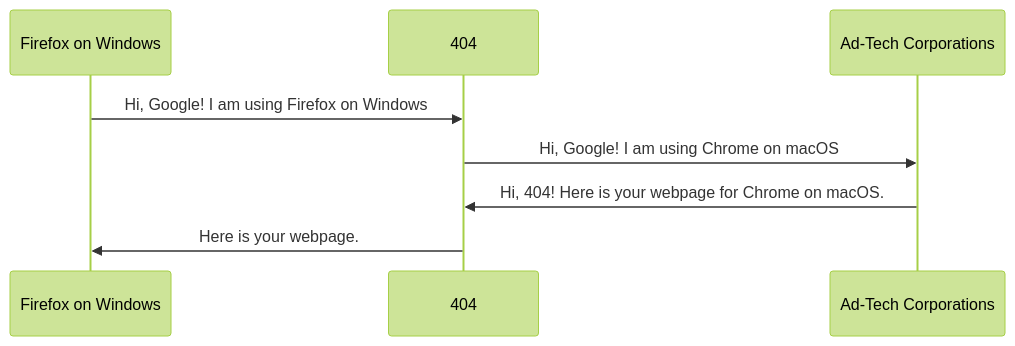
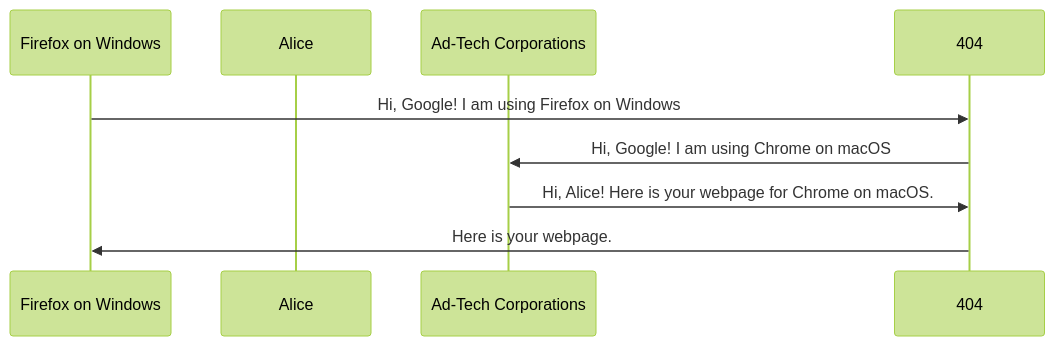
The diagram in docs/index.md (un-nf/404-docs), drawn with Mermaid (forest theme) before and after one commit.

````diff
--- a/docs/index.md
+++ b/docs/index.md
@@ -23,10 +23,10 @@
 ```mermaid
 sequenceDiagram
     participant F as Firefox on Windows
-    participant 404
+    participant Alice
     participant A as Ad-Tech Corporations
     F->>404: Hi, Google! I am using Firefox on Windows
     404->>A: Hi, Google! I am using Chrome on macOS
-    A->>404: Hi, 404! Here is your webpage for Chrome on macOS.
+    A->>404: Hi, Alice! Here is your webpage for Chrome on macOS.
     404->>F: Here is your webpage.
 ```
````
